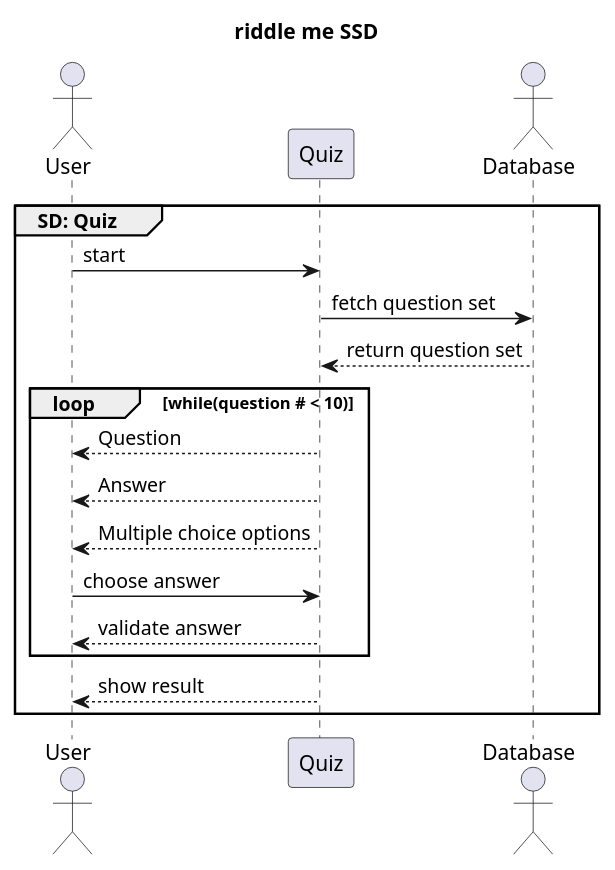
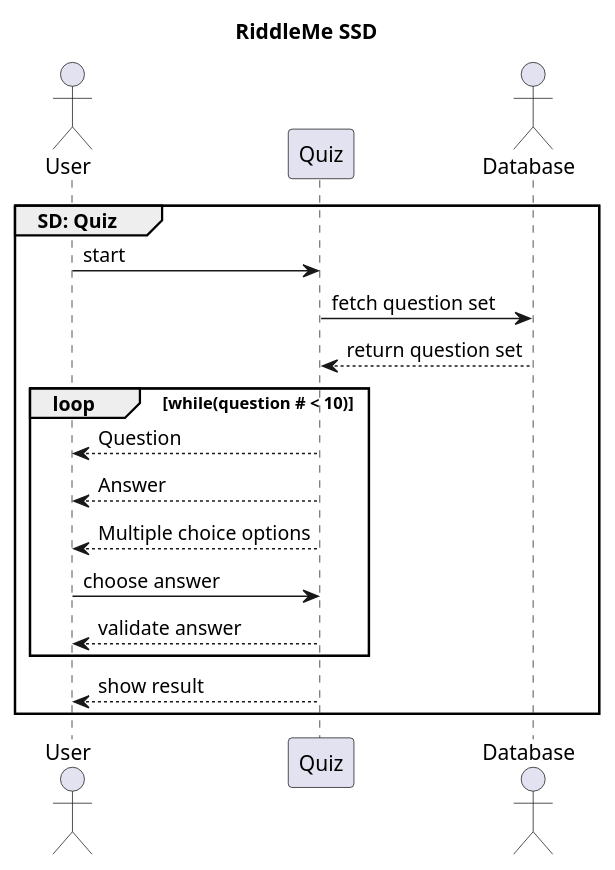
Before and after one commit to brandontoups/RiddleMe: the diagram in app/UML/system-sequence.puml, drawn with PlantUML. The commit also changed 18 other files, not shown here.

Commit message:
Add rendered PlantUML to UML directory.

```diff
--- a/app/UML/system-sequence.puml
+++ b/app/UML/system-sequence.puml
@@ -1,35 +1,35 @@
 @startuml
 
 ' name:     Brandon Toups, Evan McCarthy
 ' email:    bmt0015        esm0012
 ' class:    COMP3710-001
 ' date:     3 May 2018
 ' file:     system-sequence.puml
 
-title riddle me SSD
+title RiddleMe SSD
 
 actor User
 participant Quiz
 actor Database
 
 group SD: Quiz
 User -> Quiz: start
 Quiz -> Database: fetch question set 
 Quiz <-- Database: return question set
 loop while(question # < 10)
 User <-- Quiz: Question
 User <-- Quiz: Answer
 User <-- Quiz: Multiple choice options
 User -> Quiz: choose answer
 User <-- Quiz: validate answer
 
 ' end loop
 end
 
 User <-- Quiz: show result
 
 ' end group
 end
 
 
 @enduml
```
